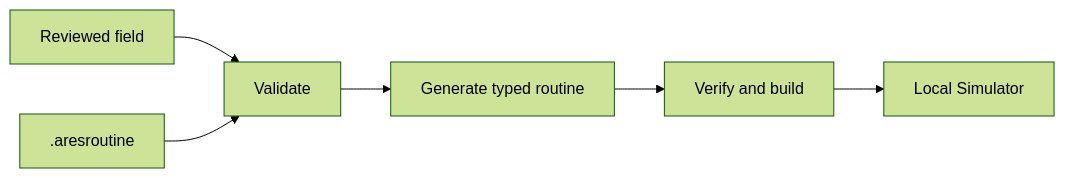
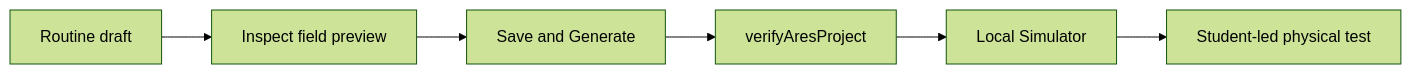
Before and after one commit to ARES-23247/ARESWEB: the diagram in content/learning/ftc-starter/03-first-autonomous.md, drawn with Mermaid (forest theme). The commit also changed other lines of this file and 8 other files, not shown here.

````diff
--- a/content/learning/ftc-starter/03-first-autonomous.md
+++ b/content/learning/ftc-starter/03-first-autonomous.md
@@ -12,9 +35,9 @@
 ```mermaid
-%% aria: A reviewed field and ARES routine pass through validation and code generation before they run in the local simulator.
+%% aria: A routine draft passes through review, save and generation, project verification, local simulation, and later physical testing.
 flowchart LR
-  A["Reviewed field"] --> C["Validate"]
-  B[".aresroutine"] --> C
-  C --> D["Generate typed routine"]
-  D --> E["Verify and build"]
-  E --> F["Local Simulator"]
+  A["Routine draft"] --> B["Inspect field preview"]
+  B --> C["Save and Generate"]
+  C --> D["verifyAresProject"]
+  D --> E["Local Simulator"]
+  E --> F["Student-led physical test"]
 ```
````
